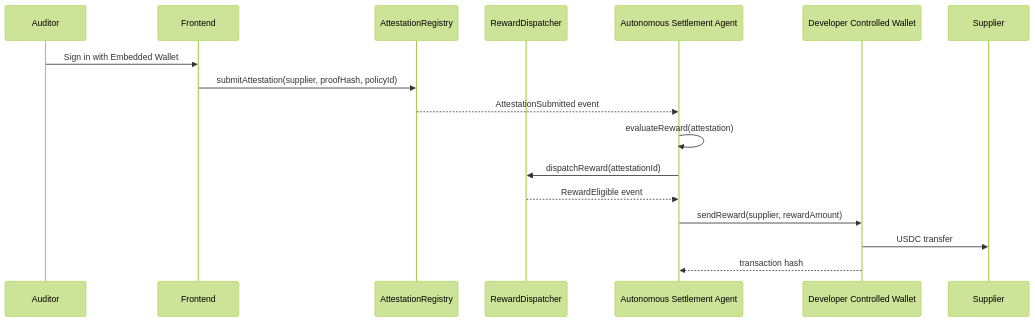
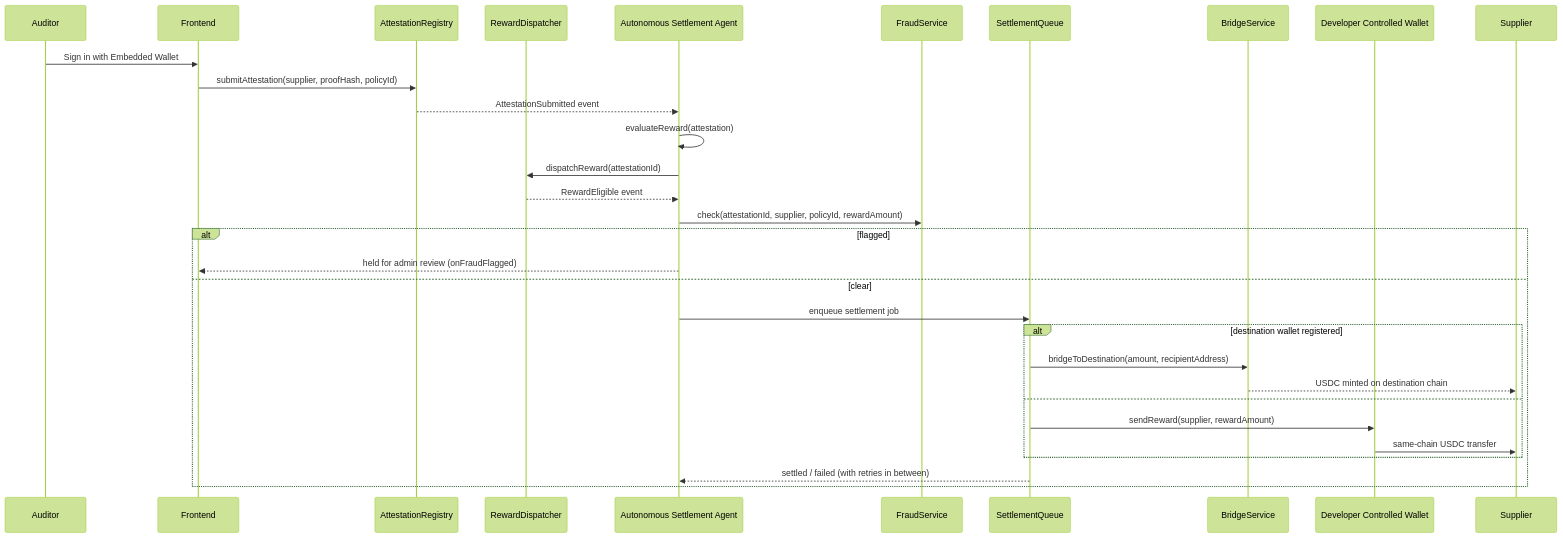
One commit to Olayeniii/ProveStream changed the diagram in docs/architecture.md. Above: the diagram before and after it, drawn with Mermaid (forest theme). The commit also changed other lines of this file and 23 other files, not shown here.

Commit message:
implement fraud alert system and destination wallet registration

````diff
--- a/docs/architecture.md
+++ b/docs/architecture.md
@@ -5,20 +5,34 @@
 ```mermaid
 sequenceDiagram
     participant Auditor
     participant Frontend
     participant Registry as AttestationRegistry
     participant Dispatcher as RewardDispatcher
     participant Agent as Autonomous Settlement Agent
+    participant Fraud as FraudService
+    participant Queue as SettlementQueue
+    participant Bridge as BridgeService
     participant DCW as Developer Controlled Wallet
     participant Supplier
 
     Auditor->>Frontend: Sign in with Embedded Wallet
     Frontend->>Registry: submitAttestation(supplier, proofHash, policyId)
     Registry-->>Agent: AttestationSubmitted event
     Agent->>Agent: evaluateReward(attestation)
     Agent->>Dispatcher: dispatchReward(attestationId)
     Dispatcher-->>Agent: RewardEligible event
-    Agent->>DCW: sendReward(supplier, rewardAmount)
-    DCW->>Supplier: USDC transfer
-    DCW-->>Agent: transaction hash
+    Agent->>Fraud: check(attestationId, supplier, policyId, rewardAmount)
+    alt flagged
+        Agent-->>Frontend: held for admin review (onFraudFlagged)
+    else clear
+        Agent->>Queue: enqueue settlement job
+        alt destination wallet registered
+            Queue->>Bridge: bridgeToDestination(amount, recipientAddress)
+            Bridge-->>Supplier: USDC minted on destination chain
+        else
+            Queue->>DCW: sendReward(supplier, rewardAmount)
+            DCW->>Supplier: same-chain USDC transfer
+        end
+        Queue-->>Agent: settled / failed (with retries in between)
+    end
 ```
````
